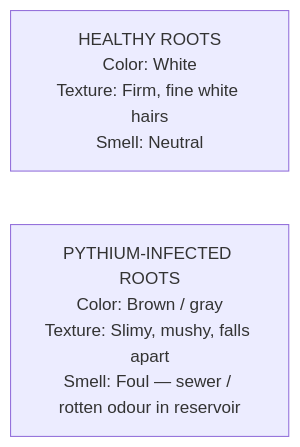
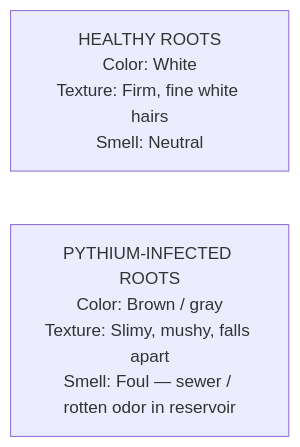
The third of 3 diagrams in guide/nft/07-pests-and-disease.md (UncleJS/guide_hydroponics), drawn with Mermaid before and after one commit. The commit also changed other lines of this file and 22 other files, not shown here.

````diff
--- a/guide/nft/07-pests-and-disease.md
+++ b/guide/nft/07-pests-and-disease.md
@@ -379,5 +379,5 @@
 ```mermaid
 flowchart LR
     H["HEALTHY ROOTS<br/>Color: White<br/>Texture: Firm, fine white hairs<br/>Smell: Neutral"]
-    P["PYTHIUM-INFECTED ROOTS<br/>Color: Brown / gray<br/>Texture: Slimy, mushy, falls apart<br/>Smell: Foul — sewer / rotten odour in reservoir"]
+    P["PYTHIUM-INFECTED ROOTS<br/>Color: Brown / gray<br/>Texture: Slimy, mushy, falls apart<br/>Smell: Foul — sewer / rotten odor in reservoir"]
 ```
````
